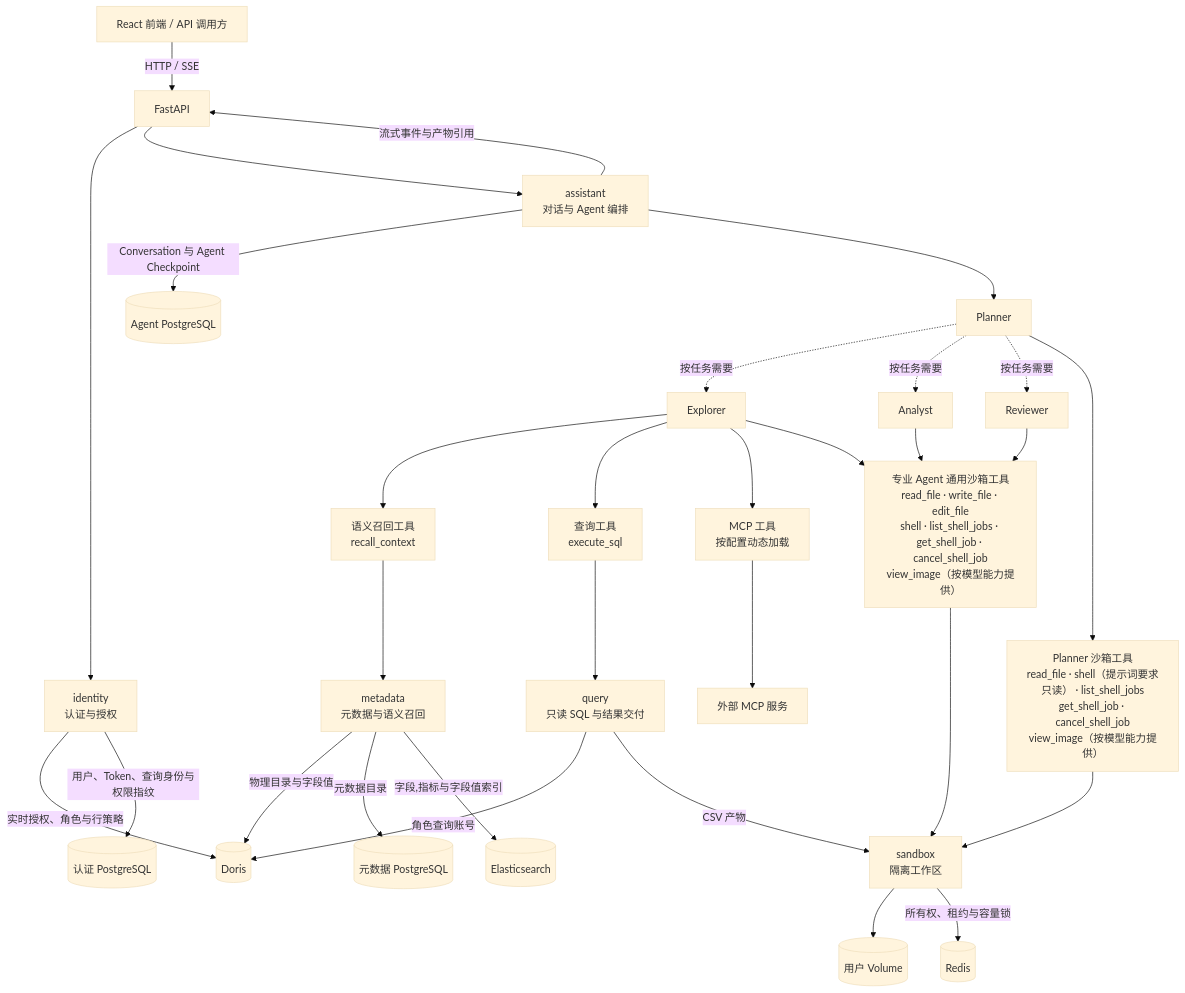
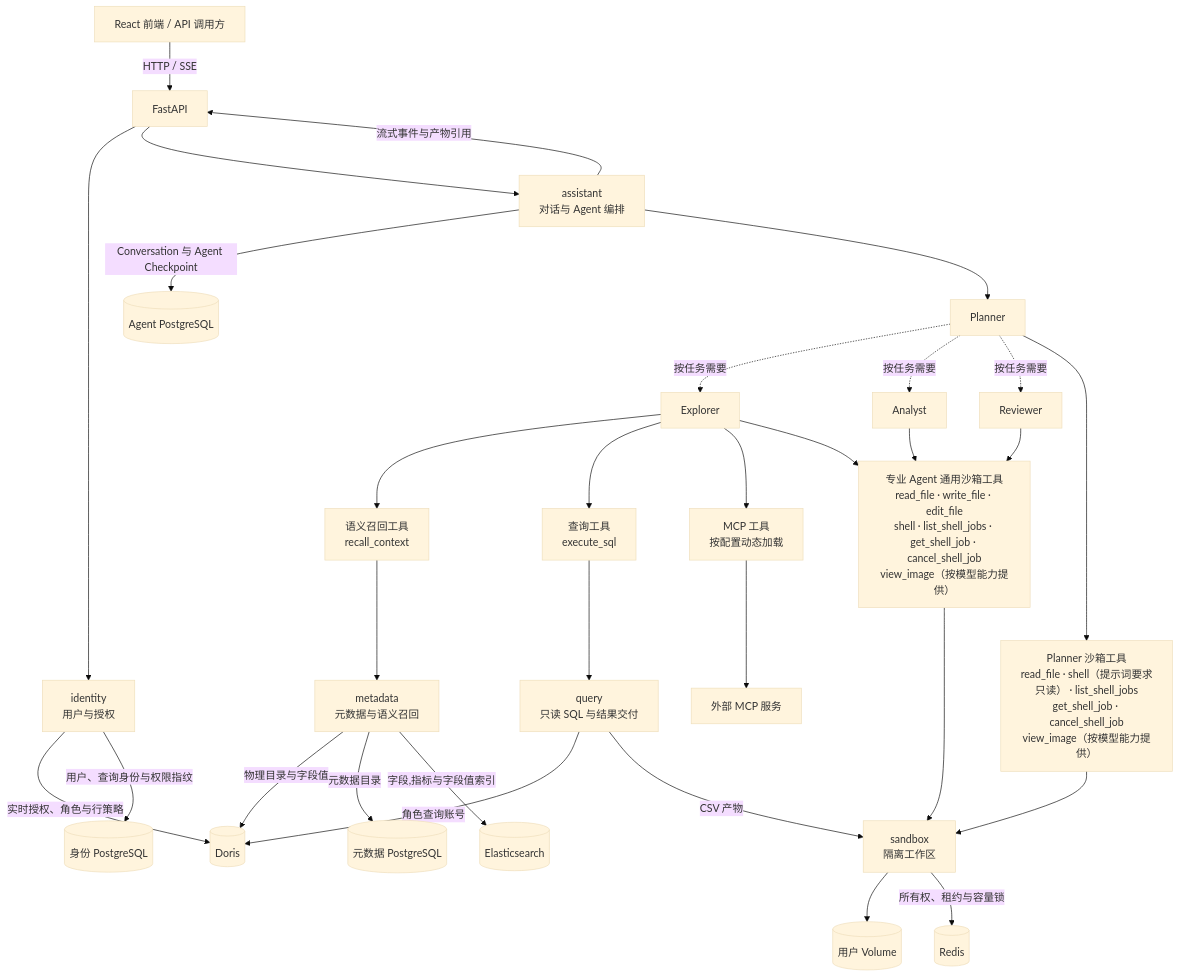
The first of 4 diagrams in docs/00_架构与协作总览.md (2739673455/dataagent), drawn with Mermaid (base theme) before and after one commit. The commit also changed other lines of this file and 130 other files, not shown here.

````diff
--- a/docs/00_架构与协作总览.md
+++ b/docs/00_架构与协作总览.md
@@ -7,35 +7,35 @@
 ```mermaid
 flowchart TD
     U[React 前端 / API 调用方] -->|HTTP / SSE| API[FastAPI]
-    API --> I[identity<br/>认证与授权]
+    API --> I[identity<br/>用户与授权]
     API --> A[assistant<br/>对话与 Agent 编排]
     A -->|Conversation 与 Agent Checkpoint| AGENT_PG[(Agent PostgreSQL)]
     A -->|流式事件与产物引用| API
     A --> P[Planner]
     P -. 按任务需要 .-> E[Explorer]
     P -. 按任务需要 .-> N[Analyst]
     P -. 按任务需要 .-> R[Reviewer]
 
     E --> RECALL["语义召回工具<br/>recall_context"]
     E --> SQL["查询工具<br/>execute_sql"]
     E --> MCP["MCP 工具<br/>按配置动态加载"]
     E --> FILES["专业 Agent 通用沙箱工具<br/>read_file · write_file · edit_file<br/>shell · list_shell_jobs · get_shell_job · cancel_shell_job<br/>view_image（按模型能力提供）"]
     N --> FILES
     R --> FILES
     P --> PFILES["Planner 沙箱工具<br/>read_file · shell（提示词要求只读） · list_shell_jobs<br/>get_shell_job · cancel_shell_job<br/>view_image（按模型能力提供）"]
 
     RECALL --> M[metadata<br/>元数据与语义召回]
     SQL --> Q[query<br/>只读 SQL 与结果交付]
     MCP --> X[外部 MCP 服务]
     FILES --> S[sandbox<br/>隔离工作区]
     PFILES --> S
     Q -->|角色查询账号| D[(Doris)]
     I -->|实时授权、角色与行策略| D
     M -->|物理目录与字段值| D
     Q -->|CSV 产物| S
     S --> VOL[(用户 Volume)]
     S -->|所有权、租约与容量锁| REDIS[(Redis)]
-    I -->|用户、Token、查询身份与权限指纹| AUTH_PG[(认证 PostgreSQL)]
+    I -->|用户、查询身份与权限指纹| AUTH_PG[(身份 PostgreSQL)]
     M -->|元数据目录| META_PG[(元数据 PostgreSQL)]
     M -->|字段,指标与字段值索引| ES[(Elasticsearch)]
 ```
````
